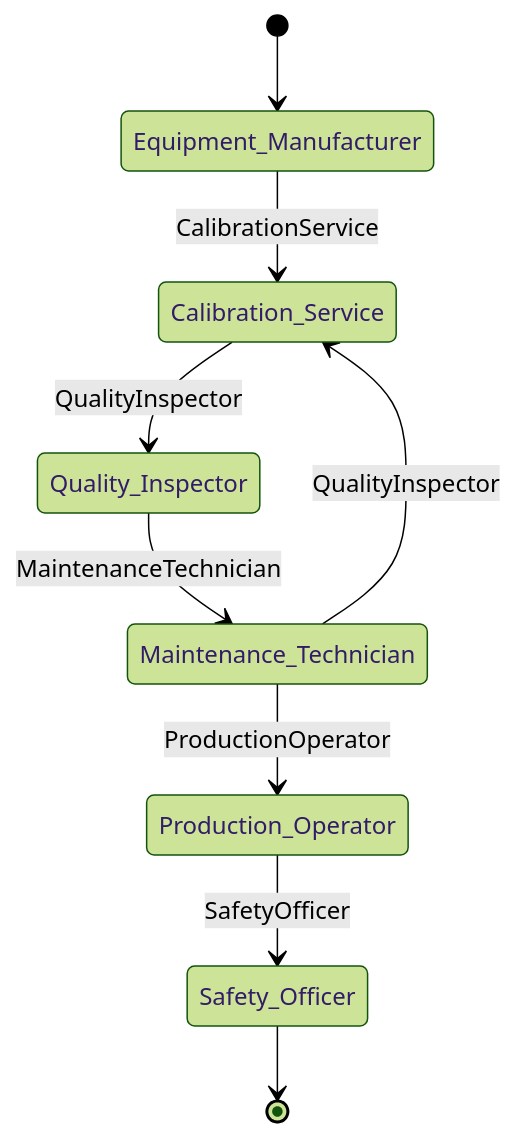
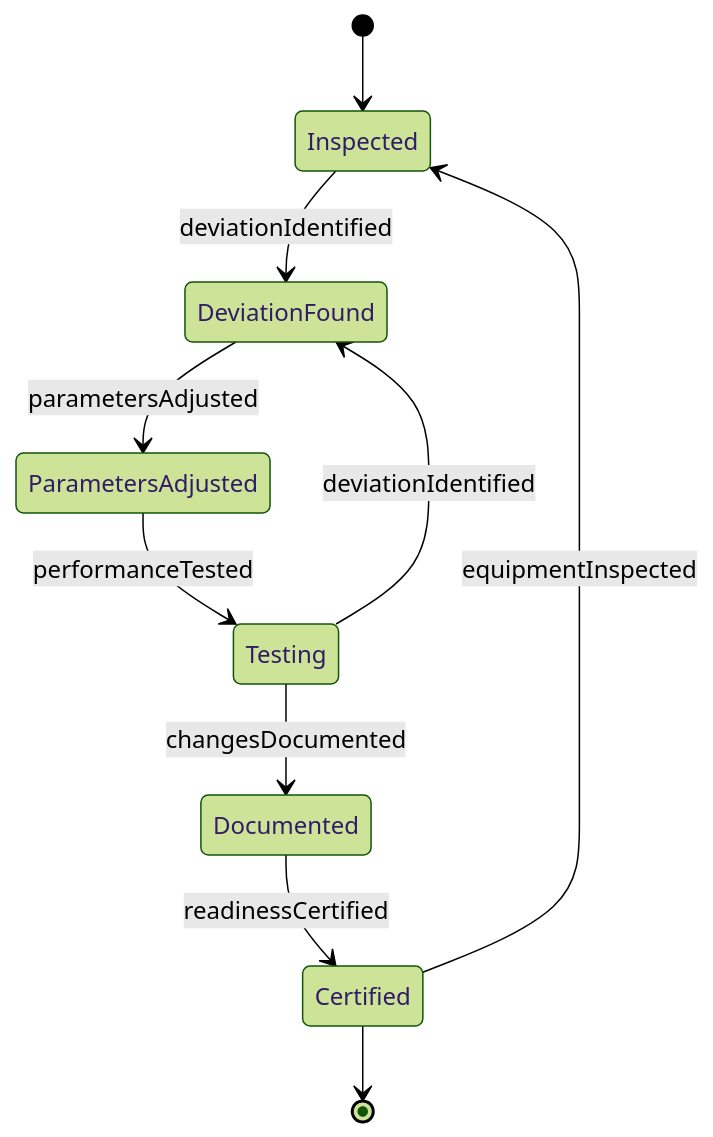
The second of 4 diagrams in HandlingAndMovingObjects/AdjustEquipmentToEnsureAdequatePerformance/AdjustEquipmentEnsureOptimalPerformance.mdx (dot-org-ai/tasks.org.ai), drawn with Mermaid (forest theme) before and after one commit. The commit also changed other lines of this file and 40 other files, not shown here.

First line of the commit message:
fix: Replace Actor-based ER and State diagrams with Entity/Event-based diagrams in 41 HandlingAndMovingObjects DWA files

````diff
--- a/HandlingAndMovingObjects/AdjustEquipmentToEnsureAdequatePerformance/AdjustEquipmentEnsureOptimalPerformance.mdx
+++ b/HandlingAndMovingObjects/AdjustEquipmentToEnsureAdequatePerformance/AdjustEquipmentEnsureOptimalPerformance.mdx
@@ -100,11 +98,12 @@
 ```mermaid
 stateDiagram-v2
-    [*] --> Equipment_Manufacturer
-    Equipment_Manufacturer --> Calibration_Service: CalibrationService
-    Calibration_Service --> Quality_Inspector: QualityInspector
-    Quality_Inspector --> Maintenance_Technician: MaintenanceTechnician
-    Maintenance_Technician --> Production_Operator: ProductionOperator
-    Production_Operator --> Safety_Officer: SafetyOfficer
-    Maintenance_Technician --> Calibration_Service: QualityInspector
-    Safety_Officer --> [*]
+    [*] --> Inspected
+    Inspected --> DeviationFound : deviationIdentified
+    DeviationFound --> ParametersAdjusted : parametersAdjusted
+    ParametersAdjusted --> Testing : performanceTested
+    Testing --> Documented : changesDocumented
+    Testing --> DeviationFound : deviationIdentified
+    Documented --> Certified : readinessCertified
+    Certified --> Inspected : equipmentInspected
+    Certified --> [*]
 ```
````
